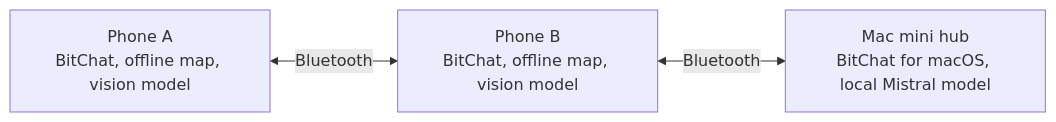
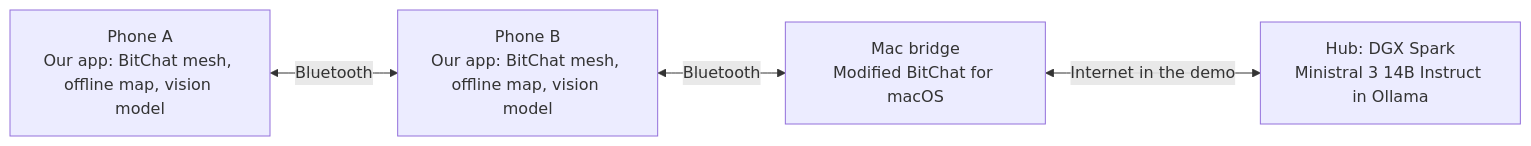
One commit to yananlong/Mistral-london-20261121 changed the diagram in BLUEPRINT_1.md. Above: the diagram before and after it, drawn with Mermaid. The commit also changed other lines of this file and 3 other files, not shown here.

First line of the commit message:
docs(blueprint): record hub, bridge and app decisions

````diff
--- a/BLUEPRINT_1.md
+++ b/BLUEPRINT_1.md
@@ -11,5 +11,6 @@
 ```mermaid
 flowchart LR
-	A["Phone A<br/>BitChat, offline map, vision model"] <-- Bluetooth --> B["Phone B<br/>BitChat, offline map, vision model"]
-	B <-- Bluetooth --> H["Mac mini hub<br/>BitChat for macOS, local Mistral model"]
+	A["Phone A<br/>Our app: BitChat mesh, offline map, vision model"] <-- Bluetooth --> B["Phone B<br/>Our app: BitChat mesh, offline map, vision model"]
+	B <-- Bluetooth --> M["Mac bridge<br/>Modified BitChat for macOS"]
+	M <-- Internet in the demo --> H["Hub: DGX Spark<br/>Ministral 3 14B Instruct in Ollama"]
 ```
````
